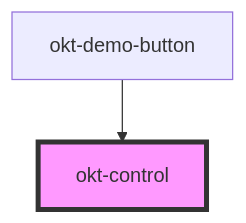
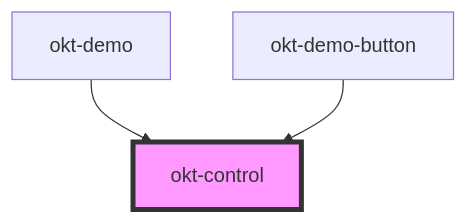
Before and after one commit to oktopusdgtl/bulma-components: the diagram in src/components/control/readme.md, drawn with Mermaid. The commit also changed other lines of this file and 12 other files, not shown here.

````diff
--- a/src/components/control/readme.md
+++ b/src/components/control/readme.md
@@ -24,5 +25,6 @@
 ```mermaid
 graph TD;
+  okt-demo --> okt-control
   okt-demo-button --> okt-control
   style okt-control fill:#f9f,stroke:#333,stroke-width:4px
 ```
````
